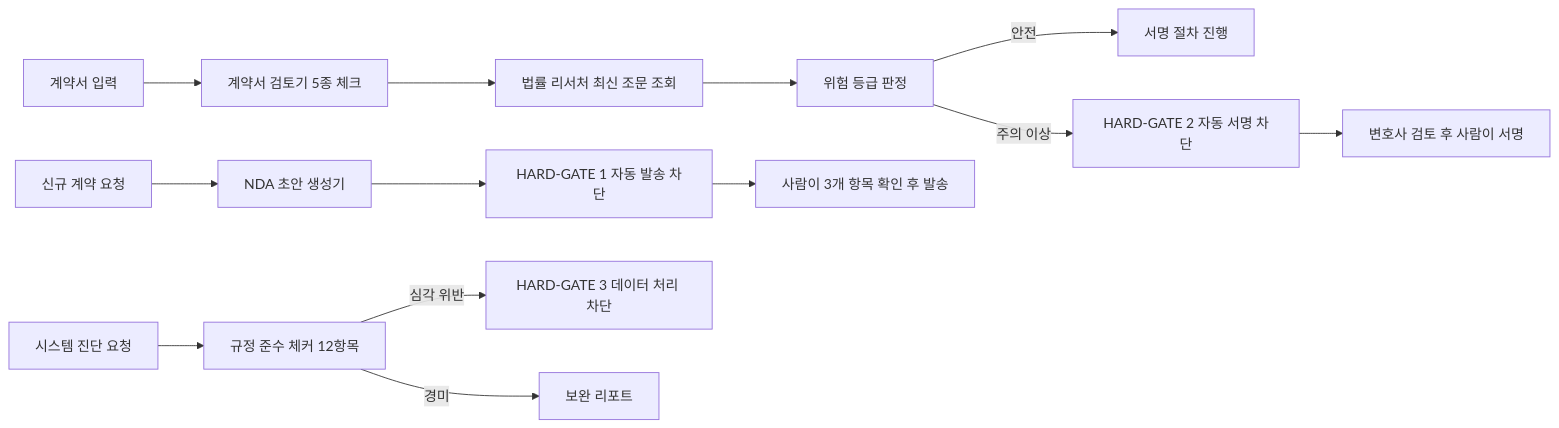
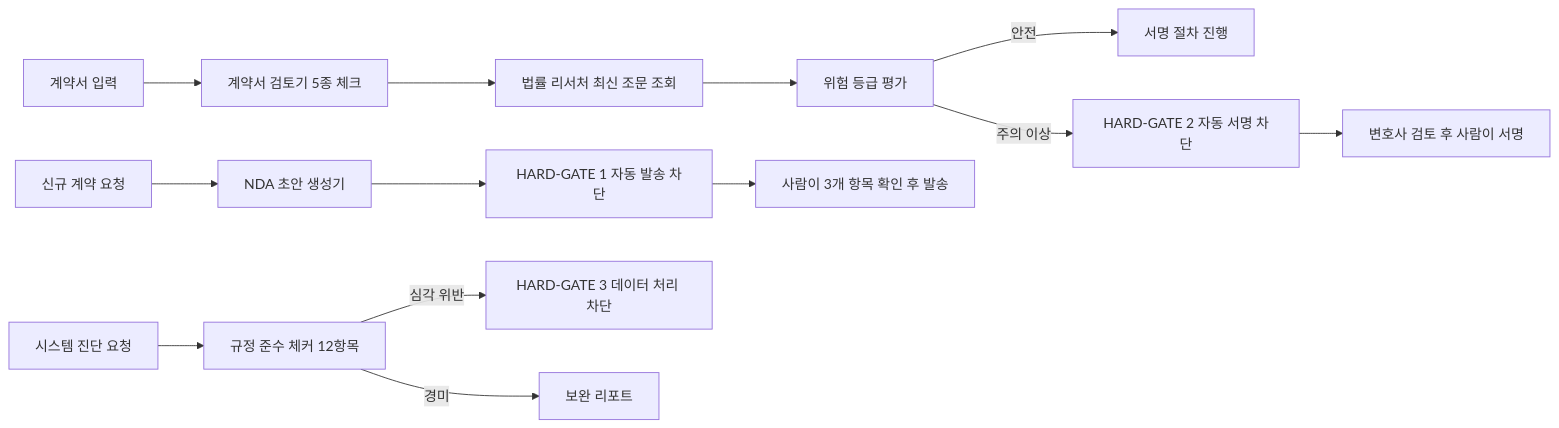
One commit to withwooyong/withwooyong.github.io changed the second of 5 diagrams in content/blog/ai-transformation/department-automation-backoffice.md. Above: the diagram before and after it, drawn with Mermaid. The commit also changed other lines of this file and 12 other files, not shown here.

````diff
--- a/content/blog/ai-transformation/department-automation-backoffice.md
+++ b/content/blog/ai-transformation/department-automation-backoffice.md
@@ -146,15 +146,15 @@
 ```mermaid
 flowchart LR
     DOC["계약서 입력"] --> REV["계약서 검토기 5종 체크"]
     REV --> RES["법률 리서처 최신 조문 조회"]
-    RES --> JUDGE["위험 등급 판정"]
+    RES --> JUDGE["위험 등급 평가"]
     JUDGE -->|"안전"| SIGNOK["서명 절차 진행"]
     JUDGE -->|"주의 이상"| G2["HARD-GATE 2 자동 서명 차단"]
     G2 --> LAW["변호사 검토 후 사람이 서명"]
     NEW["신규 계약 요청"] --> NDA["NDA 초안 생성기"]
     NDA --> G1["HARD-GATE 1 자동 발송 차단"]
     G1 --> SEND["사람이 3개 항목 확인 후 발송"]
     SYS["시스템 진단 요청"] --> COMP["규정 준수 체커 12항목"]
     COMP -->|"심각 위반"| G3["HARD-GATE 3 데이터 처리 차단"]
     COMP -->|"경미"| REPORT["보완 리포트"]
 ```
````
